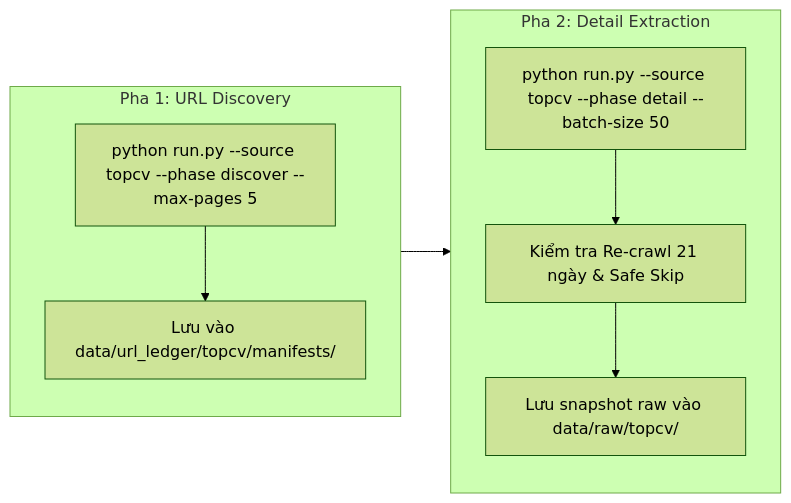
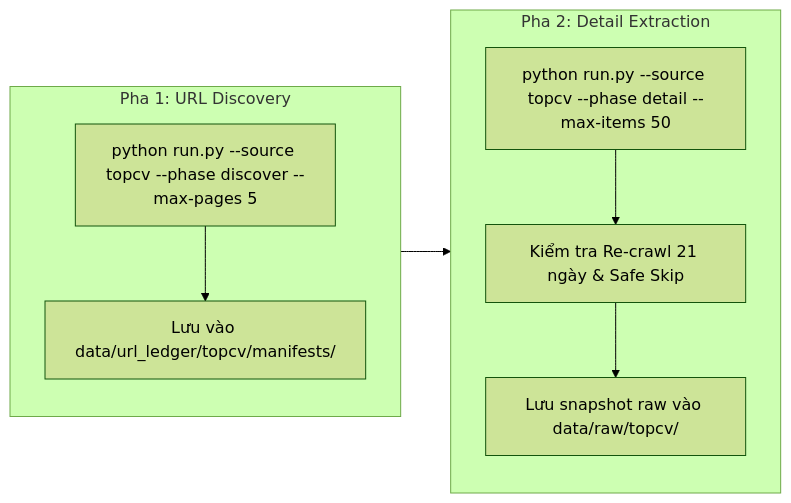
Before and after one commit to Archduker/VN-IT-Job-Mining: the diagram in docs/crawl/topcv.md, drawn with Mermaid (forest theme). The commit also changed 18 other files, not shown here.

````diff
--- a/docs/crawl/topcv.md
+++ b/docs/crawl/topcv.md
@@ -71,17 +71,17 @@
 ```mermaid
 flowchart LR
     subgraph Discovery["Pha 1: URL Discovery"]
         D1["python run.py --source topcv --phase discover --max-pages 5"]
         D2["Lưu vào data/url_ledger/topcv/manifests/"]
         D1 --> D2
     end
 
     subgraph Detail["Pha 2: Detail Extraction"]
-        C1["python run.py --source topcv --phase detail --batch-size 50"]
+        C1["python run.py --source topcv --phase detail --max-items 50"]
         C2["Kiểm tra Re-crawl 21 ngày & Safe Skip"]
         C3["Lưu snapshot raw vào data/raw/topcv/"]
         C1 --> C2 --> C3
     end
 
     Discovery --> Detail
 ```
````
